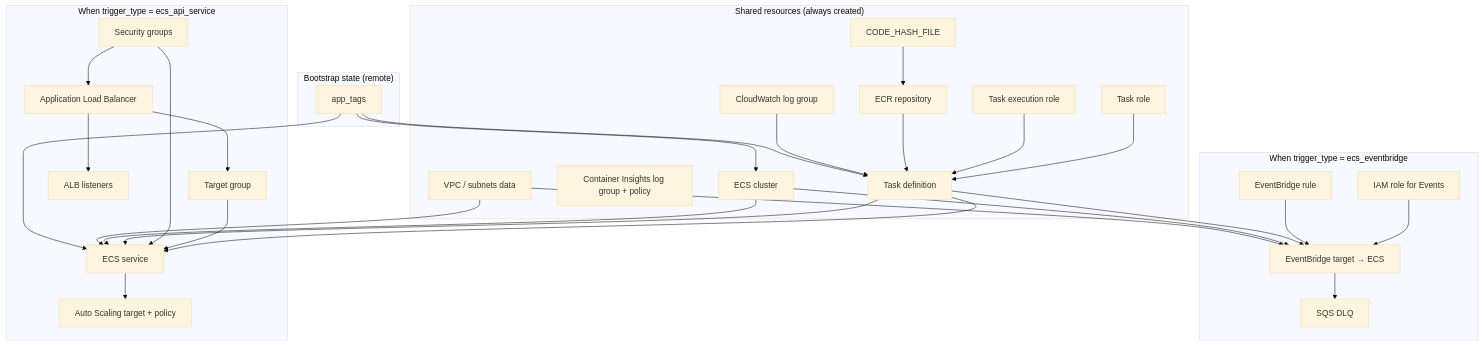
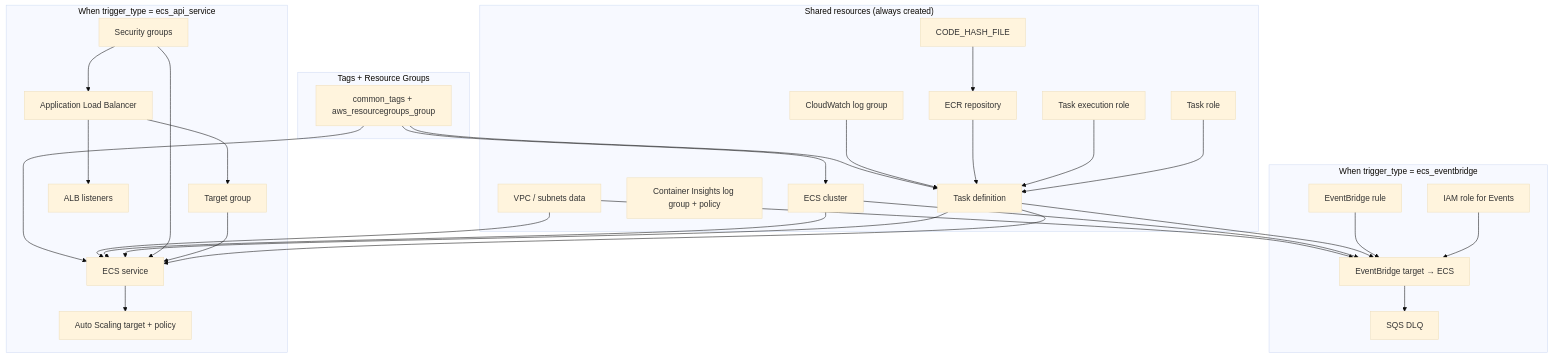
One commit to NRD-Tech/nrdtech-golang-aws-ecs changed the second of 5 diagrams in ARCHITECTURE.md. Above: the diagram before and after it, drawn with Mermaid (base theme). The commit also changed other lines of this file and 20 other files, not shown here.

First line of the commit message:
Replace AppRegistry bootstrap with Resource Groups and cost tags.

````diff
--- a/ARCHITECTURE.md
+++ b/ARCHITECTURE.md
@@ -123,62 +117,62 @@
 ```mermaid
 flowchart TB
-  subgraph bootstrap_state["Bootstrap state (remote)"]
-    BS[app_tags]
+  subgraph tags["Tags + Resource Groups"]
+    BS[common_tags + aws_resourcegroups_group]
   end
 
   subgraph shared["Shared resources (always created)"]
     VPC[VPC / subnets data]
     LOG[CloudWatch log group]
     LOG_CI[Container Insights log group + policy]
     ECR[ECR repository]
     CLUSTER[ECS cluster]
     TASK_DEF[Task definition]
     EXEC_ROLE[Task execution role]
     TASK_ROLE[Task role]
     HASH[CODE_HASH_FILE]
   end
 
   subgraph eventbridge["When trigger_type = ecs_eventbridge"]
     RULE[EventBridge rule]
     TARGET[EventBridge target → ECS]
     DLQ[SQS DLQ]
     EB_ROLE[IAM role for Events]
   end
 
   subgraph api_svc["When trigger_type = ecs_api_service"]
     SG[Security groups]
     ALB[Application Load Balancer]
     TG[Target group]
     SVC[ECS service]
     SCALE[Auto Scaling target + policy]
     LISTENER[ALB listeners]
   end
 
   BS --> TASK_DEF
   BS --> CLUSTER
   BS --> SVC
 
   VPC --> TARGET
   VPC --> SVC
   LOG --> TASK_DEF
   ECR --> TASK_DEF
   EXEC_ROLE --> TASK_DEF
   TASK_ROLE --> TASK_DEF
   HASH --> ECR
   CLUSTER --> TARGET
   CLUSTER --> SVC
   TASK_DEF --> TARGET
   TASK_DEF --> SVC
 
   RULE --> TARGET
   TARGET --> DLQ
   EB_ROLE --> TARGET
 
   SG --> SVC
   SG --> ALB
   ALB --> TG
   TG --> SVC
   SVC --> SCALE
   ALB --> LISTENER
   TASK_DEF --> SVC
 ```
````
